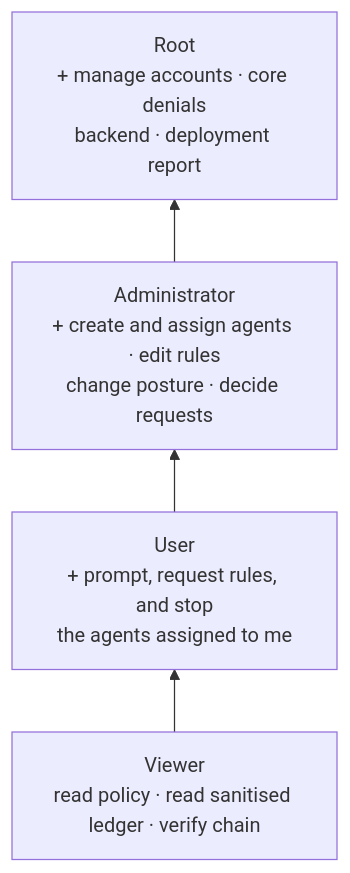
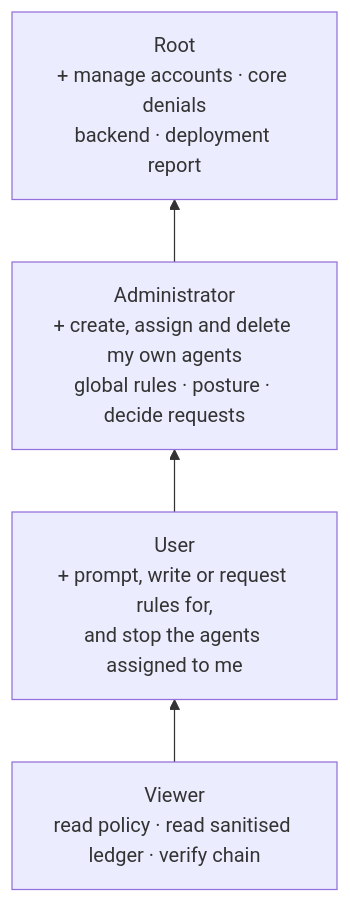
The second of 23 diagrams in docs-notes/FIGURES.md (KinanRadaideh/openclaw-governance-layer), drawn with Mermaid before and after one commit. The commit also changed other lines of this file and 10 other files, not shown here.

````diff
--- a/docs-notes/FIGURES.md
+++ b/docs-notes/FIGURES.md
@@ -405,8 +479,8 @@
 ```mermaid
 flowchart BT
   V["Viewer<br/>read policy · read sanitised ledger · verify chain"]
-  U["User<br/>+ prompt, request rules, and stop<br/>the agents assigned to me"]
-  A["Administrator<br/>+ create and assign agents · edit rules<br/>change posture · decide requests"]
+  U["User<br/>+ prompt, write or request rules for,<br/>and stop the agents assigned to me"]
+  A["Administrator<br/>+ create, assign and delete my own agents<br/>global rules · posture · decide requests"]
   R["Root<br/>+ manage accounts · core denials<br/>backend · deployment report"]
   V --> U --> A --> R
 ```
````
